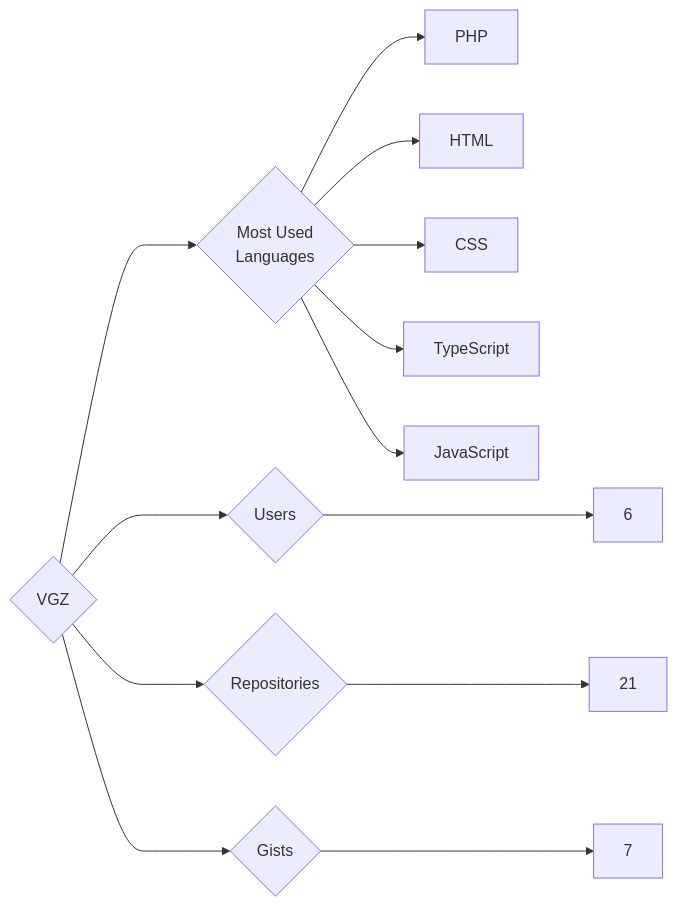
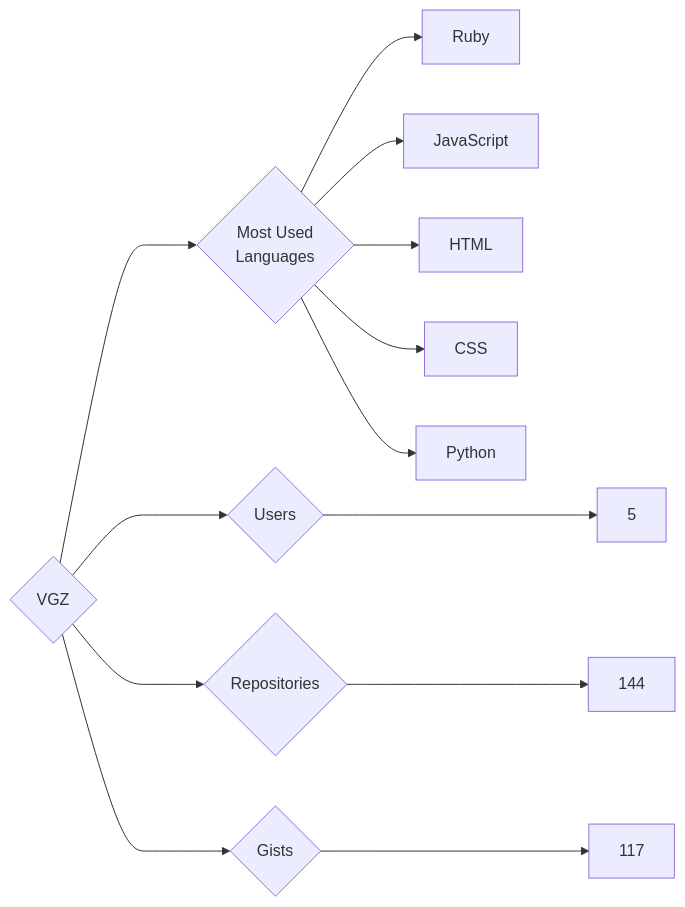
One commit to trickest/insiders changed the diagram in targets/VGZ/README.md. Above: the diagram before and after it, drawn with Mermaid. The commit also changed 1011 other files, not shown here.

````diff
--- a/targets/VGZ/README.md
+++ b/targets/VGZ/README.md
@@ -3,13 +3,13 @@
 ```mermaid
 graph LR
 COMPANY_NAME{VGZ}
-COMPANY_NAME ---> U{Users} ---> UN[6]
-COMPANY_NAME ---> R{Repositories} ---> RN[21]
-COMPANY_NAME ---> G{Gists} ---> GN[7]
+COMPANY_NAME ---> U{Users} ---> UN[5]
+COMPANY_NAME ---> R{Repositories} ---> RN[144]
+COMPANY_NAME ---> G{Gists} ---> GN[117]
 COMPANY_NAME ---> ML{Most Used<br>Languages}
-ML --> PHP[PHP]
+ML --> Ruby[Ruby]
+ML --> JavaScript[JavaScript]
 ML --> HTML[HTML]
 ML --> CSS[CSS]
-ML --> TypeScript[TypeScript]
-ML --> JavaScript[JavaScript]
+ML --> Python[Python]
 ```
````
